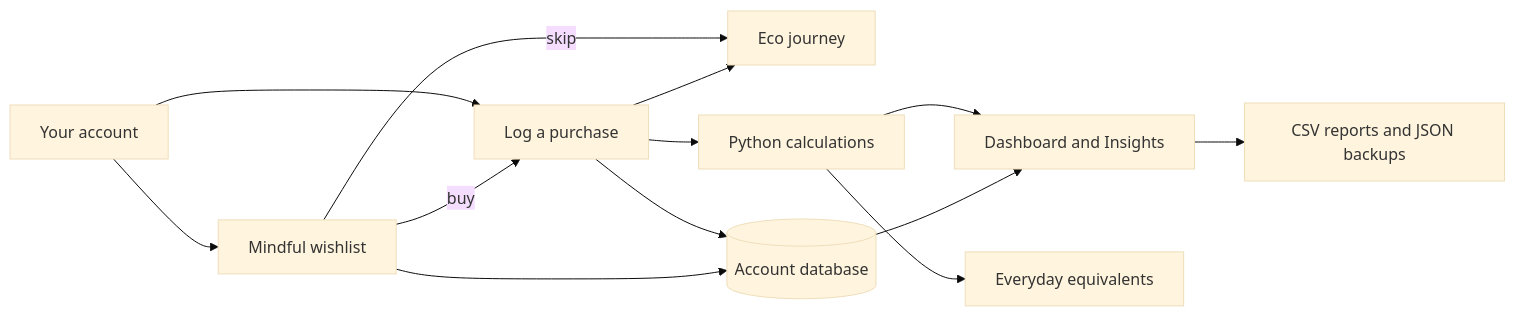
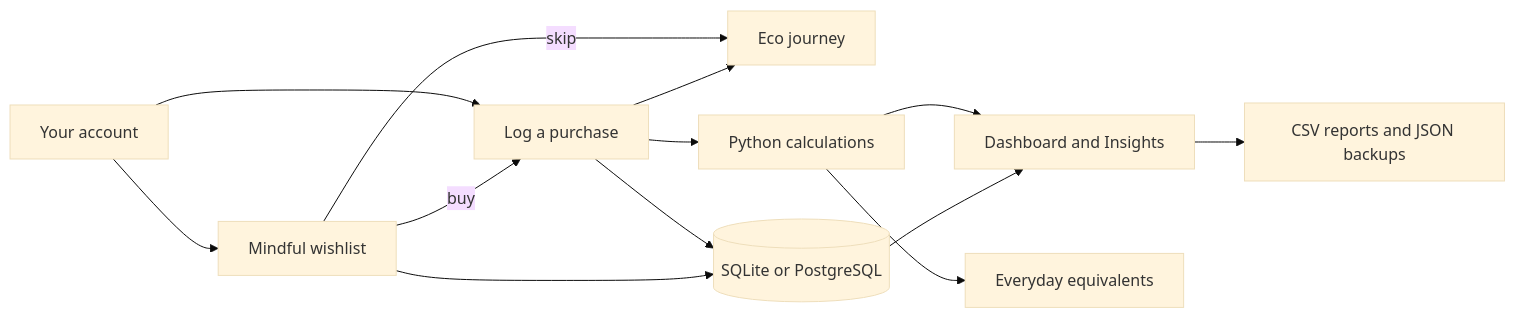
One commit to kavin-beep/IDAI102_1000527_ShopImpactAI_Kavin-K changed the diagram in README.md. Above: the diagram before and after it, drawn with Mermaid (base theme). The commit also changed other lines of this file and 27 other files, not shown here.

````diff
--- a/README.md
+++ b/README.md
@@ -139,15 +141,15 @@
 ```mermaid
 flowchart LR
     A[Your account] --> B[Log a purchase]
     A --> W[Mindful wishlist]
     W -- buy --> B
     W -- skip --> J[Eco journey]
     B --> C[Python calculations]
     C --> D[Dashboard and Insights]
     C --> Q[Everyday equivalents]
     B --> J
-    B --> S[(Account database)]
-    W --> S
-    S --> D
+    B --> E[(SQLite or PostgreSQL)]
+    W --> E
+    E --> D
     D --> F[CSV reports and JSON backups]
 ```
````
